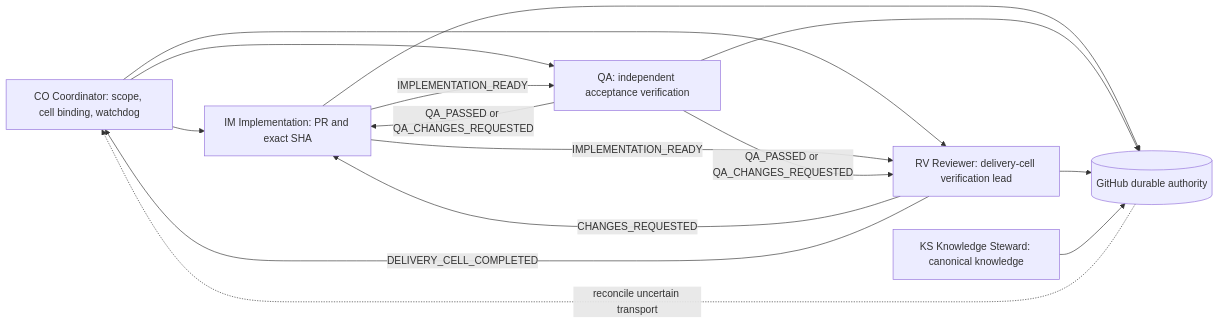
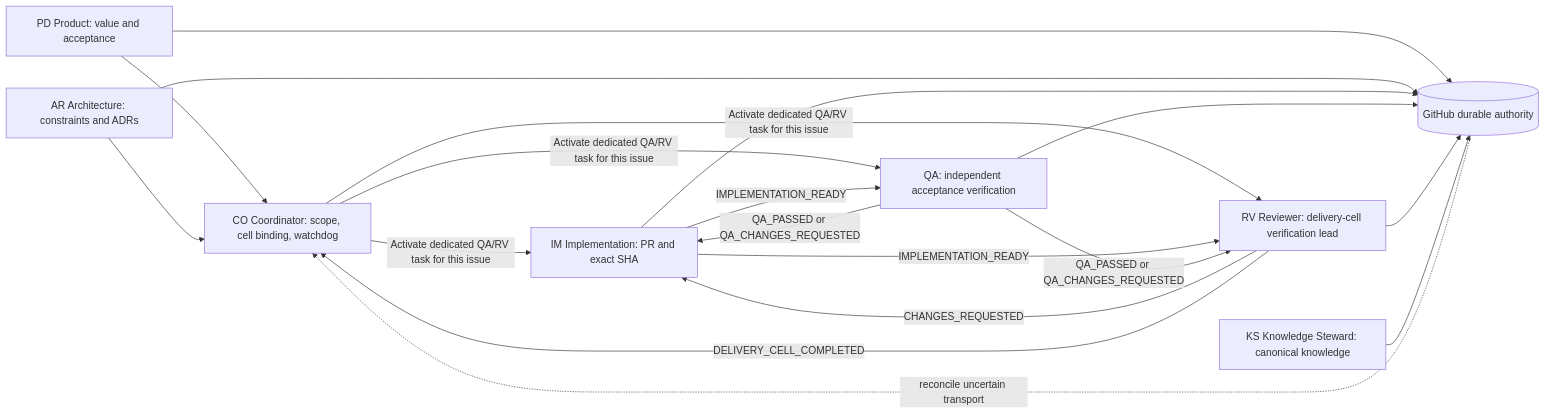
Before and after one commit to barucoh/agentic-sdlc: the first of 2 diagrams in skills/bootstrap-agentic-sdlc/assets/repository/docs/agentic-sdlc/coordination.md, drawn with Mermaid. The commit also changed other lines of this file and 15 other files, not shown here.

Commit message:
Harden delivery cell fanout and diagram validation

````diff
--- a/skills/bootstrap-agentic-sdlc/assets/repository/docs/agentic-sdlc/coordination.md
+++ b/skills/bootstrap-agentic-sdlc/assets/repository/docs/agentic-sdlc/coordination.md
@@ -10,16 +10,20 @@
 ```mermaid
 flowchart LR
   CO["CO Coordinator: scope, cell binding, watchdog"]
+  PD["PD Product: value and acceptance"]
+  AR["AR Architecture: constraints and ADRs"]
   IM["IM Implementation: PR and exact SHA"]
   QA["QA: independent acceptance verification"]
   RV["RV Reviewer: delivery-cell verification lead"]
   KS["KS Knowledge Steward: canonical knowledge"]
   GH[("GitHub durable authority")]
-  CO --> IM & QA & RV
+  CO -->|Activate dedicated QA/RV task for this issue| IM & QA & RV
+  PD --> CO
+  AR --> CO
   IM -->|IMPLEMENTATION_READY| QA & RV
   QA -->|QA_PASSED or QA_CHANGES_REQUESTED| RV & IM
   RV -->|CHANGES_REQUESTED| IM
   RV -->|DELIVERY_CELL_COMPLETED| CO
-  IM & QA & RV & KS --> GH
+  PD & AR & IM & QA & RV & KS --> GH
   GH -.reconcile uncertain transport.-> CO
 ```
````
